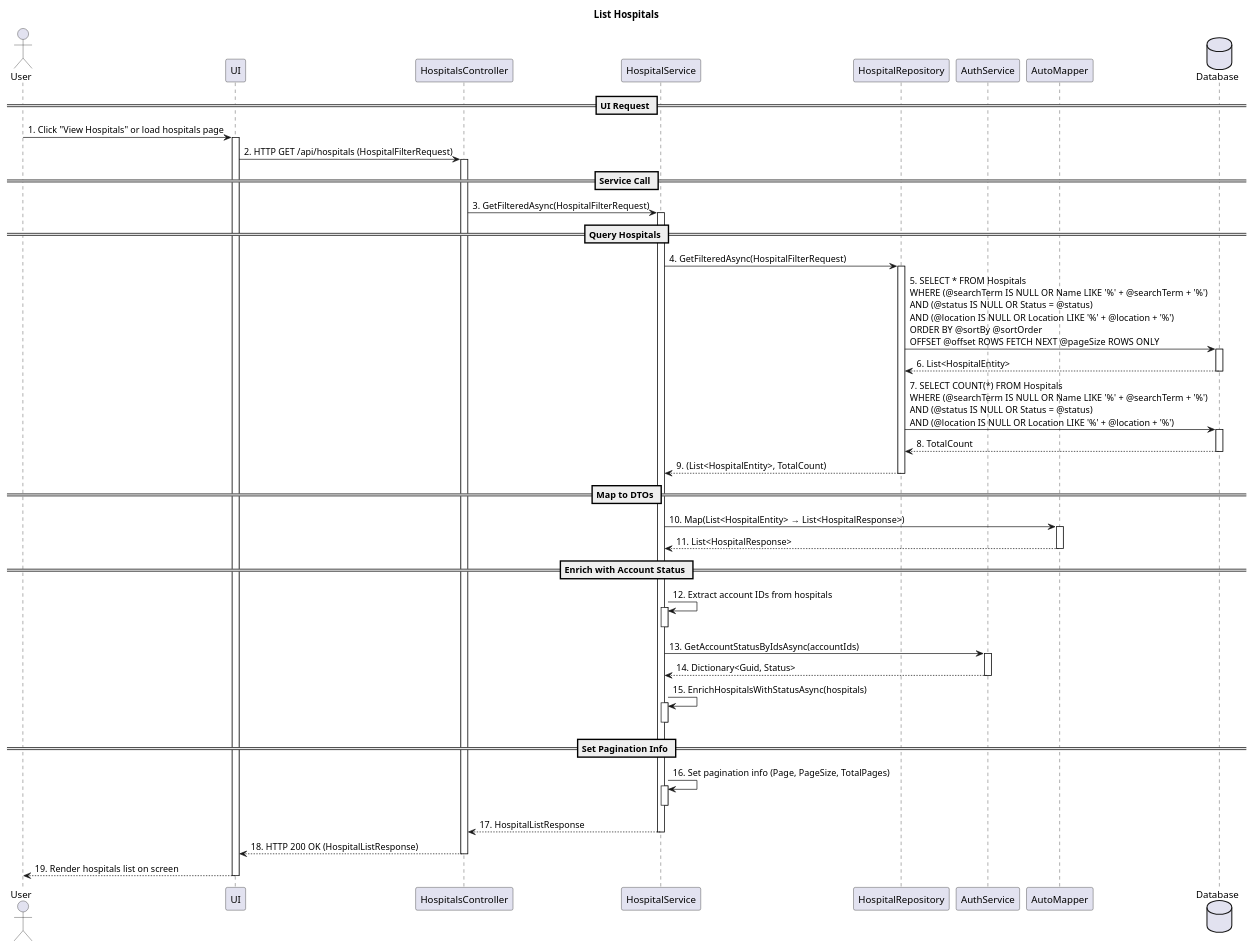
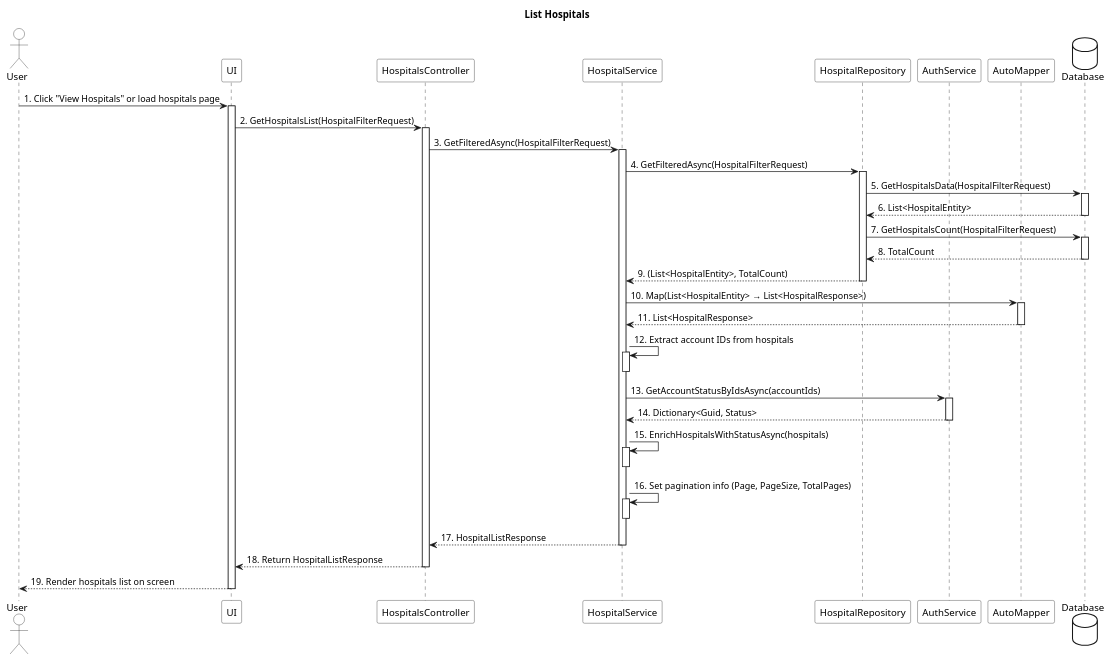
Before and after one commit to Capstone-FA25-MABS/BookingCareSystemBackend: the diagram in src/Services/BookingCare.Services.Doctor/sequence-diagrams/hospital/list_hospitals_sequence_diagram.puml, drawn with PlantUML. The commit also changed 32 other files, not shown here.

Commit message:
[FIX] update code sequence diagram and class diagram

```diff
--- a/src/Services/BookingCare.Services.Doctor/sequence-diagrams/hospital/list_hospitals_sequence_diagram.puml
+++ b/src/Services/BookingCare.Services.Doctor/sequence-diagrams/hospital/list_hospitals_sequence_diagram.puml
@@ -1,72 +1,73 @@
 @startuml
 title List Hospitals
+
+skinparam backgroundColor White
+skinparam sequenceParticipantBackgroundColor White
+skinparam sequenceActorBackgroundColor White
+skinparam sequenceLifeLineBackgroundColor White
+skinparam databaseBackgroundColor White
+skinparam sequenceGroupBackgroundColor White
 
 actor User
 participant UI
 participant HospitalsController
 participant HospitalService
 participant HospitalRepository
 participant AuthService
 participant AutoMapper
 database Database
 
-== UI Request ==
 User -> UI : 1. Click "View Hospitals" or load hospitals page
 activate UI
-UI -> HospitalsController : 2. HTTP GET /api/hospitals (HospitalFilterRequest)
+UI -> HospitalsController : 2. GetHospitalsList(HospitalFilterRequest)
 activate HospitalsController
 
-== Service Call ==
 HospitalsController -> HospitalService : 3. GetFilteredAsync(HospitalFilterRequest)
 activate HospitalService
 
-== Query Hospitals ==
 HospitalService -> HospitalRepository : 4. GetFilteredAsync(HospitalFilterRequest)
 activate HospitalRepository
-HospitalRepository -> Database : 5. SELECT * FROM Hospitals\nWHERE (@searchTerm IS NULL OR Name LIKE '%' + @searchTerm + '%')\nAND (@status IS NULL OR Status = @status)\nAND (@location IS NULL OR Location LIKE '%' + @location + '%')\nORDER BY @sortBy @sortOrder\nOFFSET @offset ROWS FETCH NEXT @pageSize ROWS ONLY
+HospitalRepository -> Database : 5. GetHospitalsData(HospitalFilterRequest)
 activate Database
 Database --> HospitalRepository : 6. List<HospitalEntity>
 deactivate Database
 
-HospitalRepository -> Database : 7. SELECT COUNT(*) FROM Hospitals\nWHERE (@searchTerm IS NULL OR Name LIKE '%' + @searchTerm + '%')\nAND (@status IS NULL OR Status = @status)\nAND (@location IS NULL OR Location LIKE '%' + @location + '%')
+HospitalRepository -> Database : 7. GetHospitalsCount(HospitalFilterRequest)
 activate Database
 Database --> HospitalRepository : 8. TotalCount
 deactivate Database
 HospitalRepository --> HospitalService : 9. (List<HospitalEntity>, TotalCount)
 deactivate HospitalRepository
 
-== Map to DTOs ==
 HospitalService -> AutoMapper : 10. Map(List<HospitalEntity> → List<HospitalResponse>)
 activate AutoMapper
 AutoMapper --> HospitalService : 11. List<HospitalResponse>
 deactivate AutoMapper
 
-== Enrich with Account Status ==
 HospitalService -> HospitalService : 12. Extract account IDs from hospitals
 activate HospitalService
 deactivate HospitalService
 
 HospitalService -> AuthService : 13. GetAccountStatusByIdsAsync(accountIds)
 activate AuthService
 AuthService --> HospitalService : 14. Dictionary<Guid, Status>
 deactivate AuthService
 
 HospitalService -> HospitalService : 15. EnrichHospitalsWithStatusAsync(hospitals)
 activate HospitalService
 deactivate HospitalService
 
-== Set Pagination Info ==
 HospitalService -> HospitalService : 16. Set pagination info (Page, PageSize, TotalPages)
 activate HospitalService
 deactivate HospitalService
 
 HospitalService --> HospitalsController : 17. HospitalListResponse
 deactivate HospitalService
 
-HospitalsController --> UI : 18. HTTP 200 OK (HospitalListResponse)
+HospitalsController --> UI : 18. Return HospitalListResponse
 deactivate HospitalsController
 
 UI --> User : 19. Render hospitals list on screen
 deactivate UI
 
 @enduml
```
